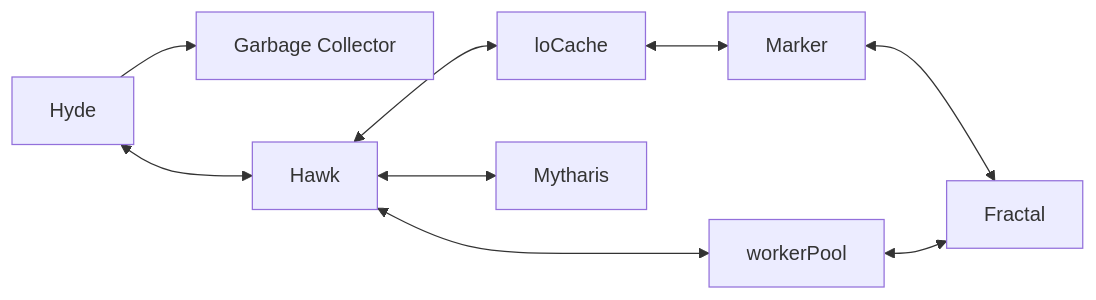
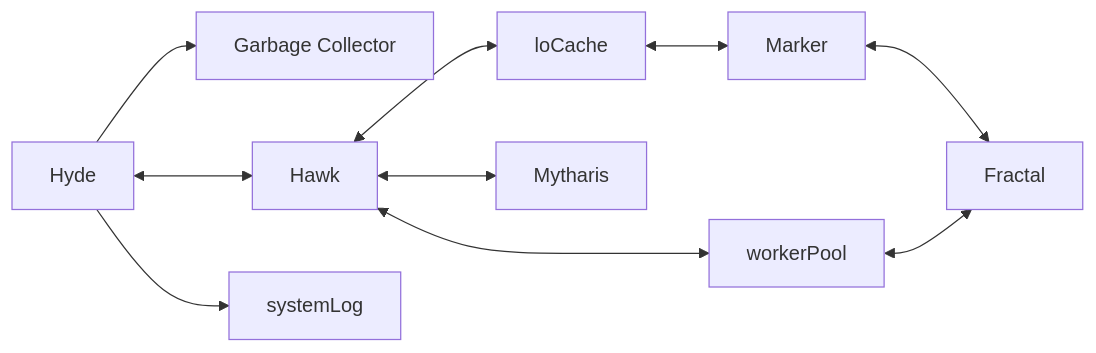
Before and after one commit to skirexwastaken/Hyde: the diagram in README.md, drawn with Mermaid. The commit also changed other lines of this file, not shown here.

````diff
--- a/README.md
+++ b/README.md
@@ -19,25 +19,27 @@
 ```mermaid
 graph LR
 
 A[Hyde]
 B[Garbage Collector]
 C[Hawk]
 D[loCache]
 E[Mytharis]
 F[workerPool]
 G[Fractal]
 H[Marker]
+I[systemLog]
 
 A --> B
 A <--> C
+A --> I
 
 C <--> D
 C <--> E
 C <--> F
 
 D <--> H
 
 H <--> G
 
 F <--> G
 ```
````
